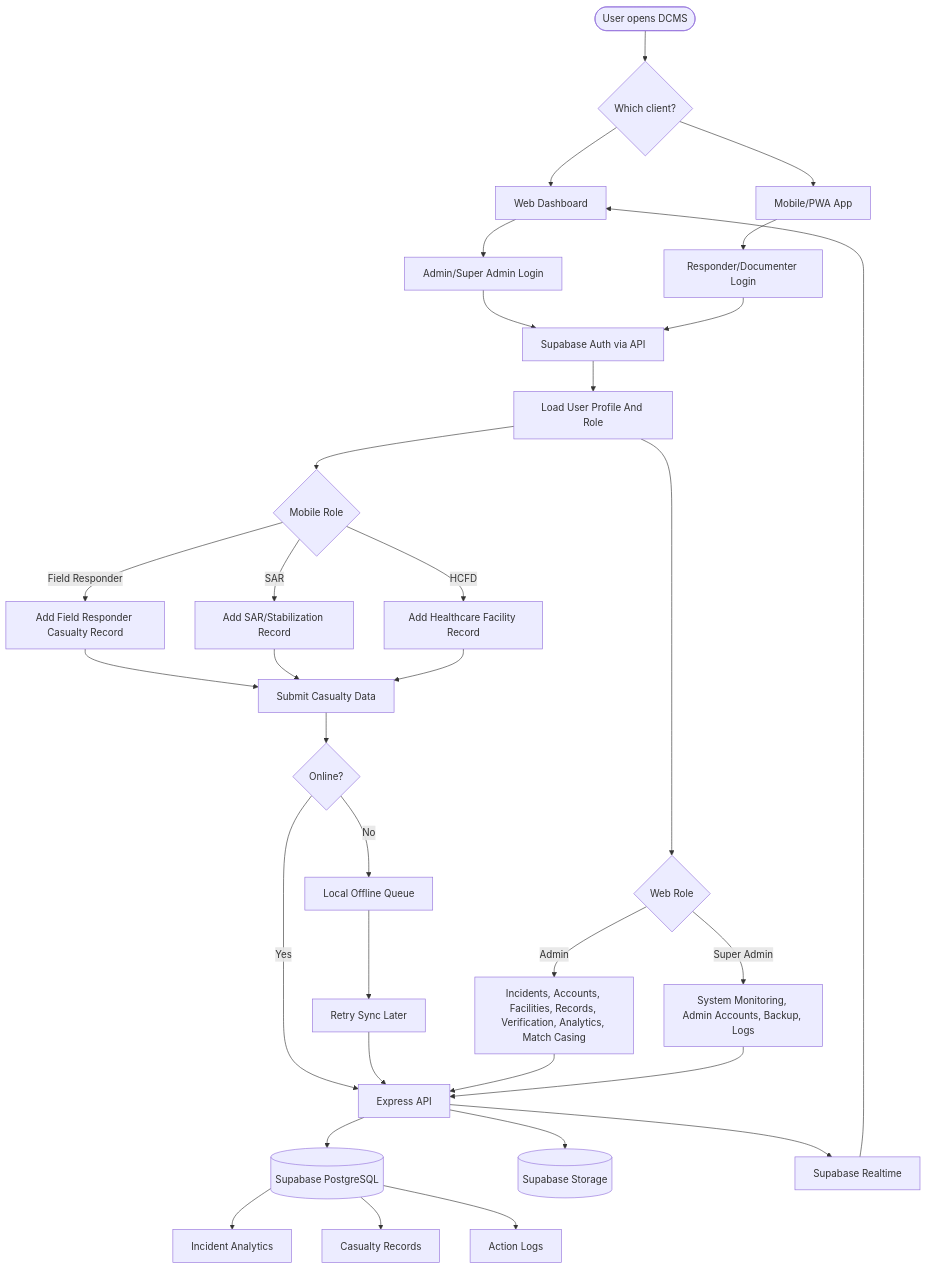
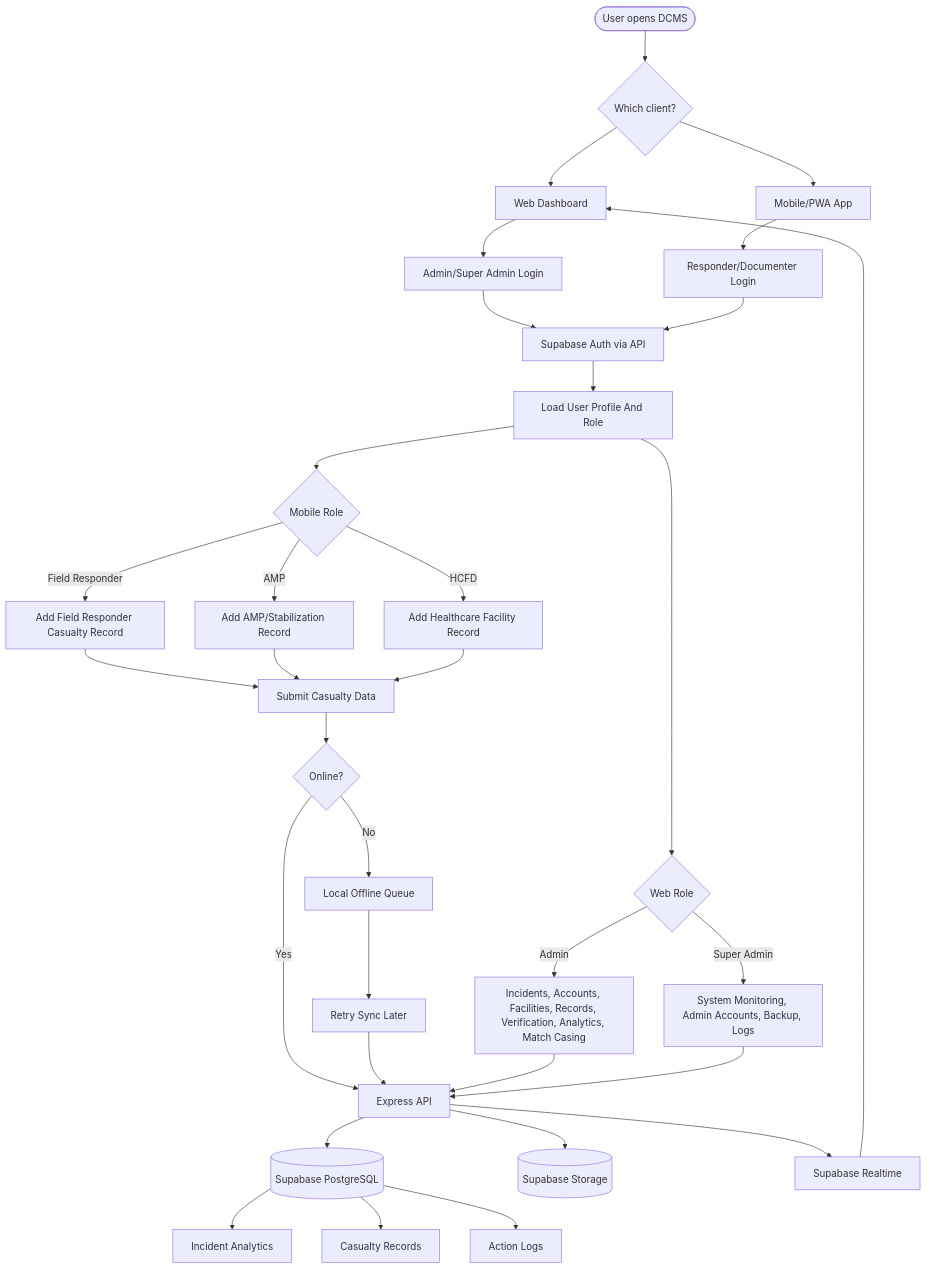
Before and after one commit to jlgallajones/upmanila: the first of 11 diagrams in disaster-casualty-system/PROJECT_FLOWCHART_AND_DFD.md, drawn with Mermaid. The commit also changed other lines of this file and 15 other files, not shown here.

````diff
--- a/disaster-casualty-system/PROJECT_FLOWCHART_AND_DFD.md
+++ b/disaster-casualty-system/PROJECT_FLOWCHART_AND_DFD.md
@@ -9,47 +9,47 @@
 ```mermaid
 flowchart TD
   Start([User opens DCMS]) --> ChooseClient{Which client?}
 
   ChooseClient --> Web[Web Dashboard]
   ChooseClient --> Mobile[Mobile/PWA App]
 
   Web --> WebLogin[Admin/Super Admin Login]
   Mobile --> MobileLogin[Responder/Documenter Login]
 
   WebLogin --> Auth[Supabase Auth via API]
   MobileLogin --> Auth
 
   Auth --> Profile[Load User Profile And Role]
 
   Profile --> WebRole{Web Role}
   Profile --> MobileRole{Mobile Role}
 
   WebRole -->|Super Admin| SuperAdmin[System Monitoring, Admin Accounts, Backup, Logs]
   WebRole -->|Admin| Admin[Incidents, Accounts, Facilities, Records, Verification, Analytics, Match Casing]
 
   MobileRole -->|Field Responder| FR[Add Field Responder Casualty Record]
-  MobileRole -->|SAR| SAR[Add SAR/Stabilization Record]
+  MobileRole -->|AMP| AMP[Add AMP/Stabilization Record]
   MobileRole -->|HCFD| HCFD[Add Healthcare Facility Record]
 
   FR --> SubmitCasualty[Submit Casualty Data]
-  SAR --> SubmitCasualty
+  AMP --> SubmitCasualty
   HCFD --> SubmitCasualty
 
   SubmitCasualty --> OnlineCheck{Online?}
   OnlineCheck -->|Yes| API[Express API]
   OnlineCheck -->|No| OfflineQueue[Local Offline Queue]
   OfflineQueue --> RetrySync[Retry Sync Later]
   RetrySync --> API
 
   Admin --> API
   SuperAdmin --> API
 
   API --> DB[(Supabase PostgreSQL)]
   API --> Storage[(Supabase Storage)]
   API --> Realtime[Supabase Realtime]
 
   Realtime --> Web
   DB --> Analytics[Incident Analytics]
   DB --> Records[Casualty Records]
   DB --> Logs[Action Logs]
 ```
````
